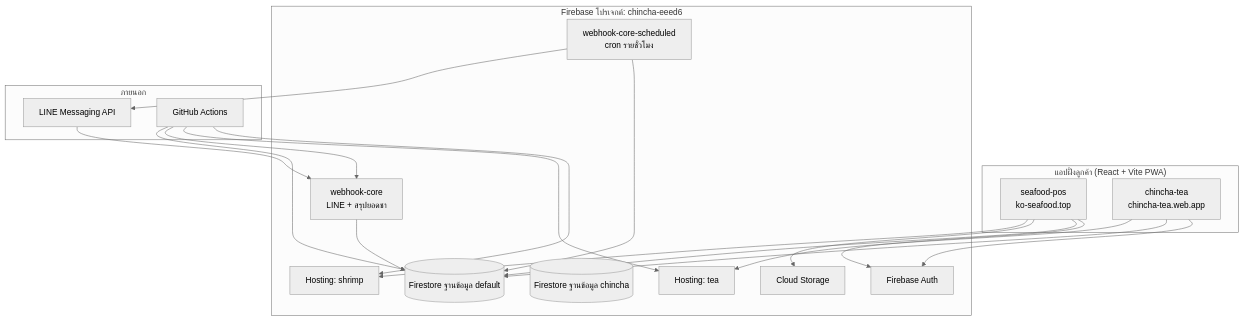
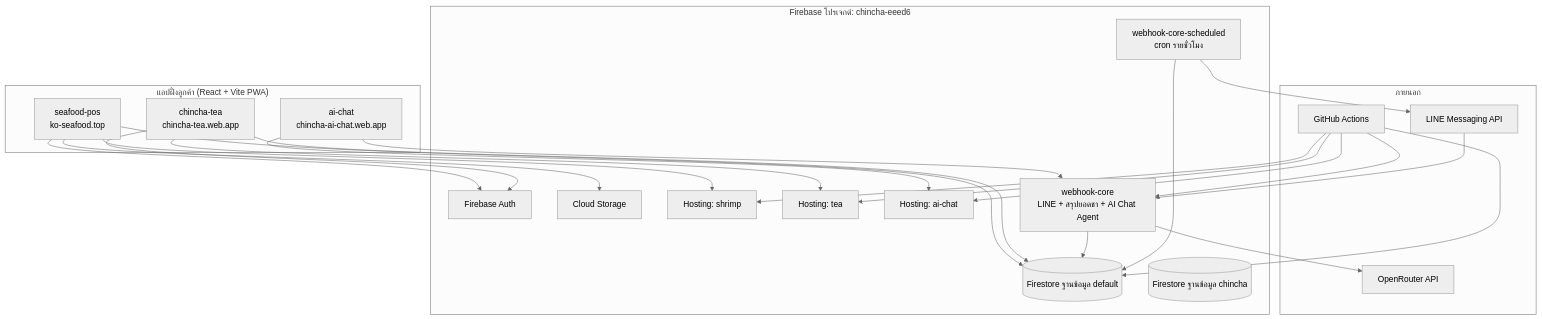
One commit to peachtukta1014/chinchaflow changed the diagram in docs/ARCHITECTURE_TH.md. Above: the diagram before and after it, drawn with Mermaid (neutral theme). The commit also changed other lines of this file and 8 other files, not shown here.

First line of the commit message:
docs: update all docs to reflect AI Chat + LINE Partition (2026-06-19)

````diff
--- a/docs/ARCHITECTURE_TH.md
+++ b/docs/ARCHITECTURE_TH.md
@@ -11,39 +11,46 @@
 ```mermaid
 flowchart TB
   subgraph clients["แอปฝั่งลูกค้า (React + Vite PWA)"]
     Shrimp["seafood-pos\nko-seafood.top"]
     Tea["chincha-tea\nchincha-tea.web.app"]
+    AI["ai-chat\nchincha-ai-chat.web.app"]
   end
 
   subgraph firebase["Firebase โปรเจกต์: chincha-eeed6"]
     Auth[Firebase Auth]
     FS[(Firestore ฐานข้อมูล default)]
     FS2[(Firestore ฐานข้อมูล chincha)]
     Storage[Cloud Storage]
     Host1[Hosting: shrimp]
     Host2[Hosting: tea]
-    Fn1[webhook-core\nLINE + สรุปยอดชา]
+    Host3[Hosting: ai-chat]
+    Fn1[webhook-core\nLINE + สรุปยอดชา + AI Chat Agent]
     Fn2[webhook-core-scheduled\ncron รายชั่วโมง]
   end
 
   subgraph external["ภายนอก"]
     LINE[LINE Messaging API]
     GHA[GitHub Actions]
+    OR[OpenRouter API]
   end
 
   Shrimp --> Auth
   Tea --> Auth
   Shrimp --> FS
   Tea --> FS
+  AI --> Fn1
   Shrimp --> Storage
   GHA --> Host1
   GHA --> Host2
+  GHA --> Host3
   GHA --> Fn1
   GHA --> FS
   LINE --> Fn1
   Fn1 --> FS
   Fn2 --> FS
   Fn2 --> LINE
+  Fn1 --> OR
   Shrimp --> Host1
   Tea --> Host2
+  AI --> Host3
 ```
````
